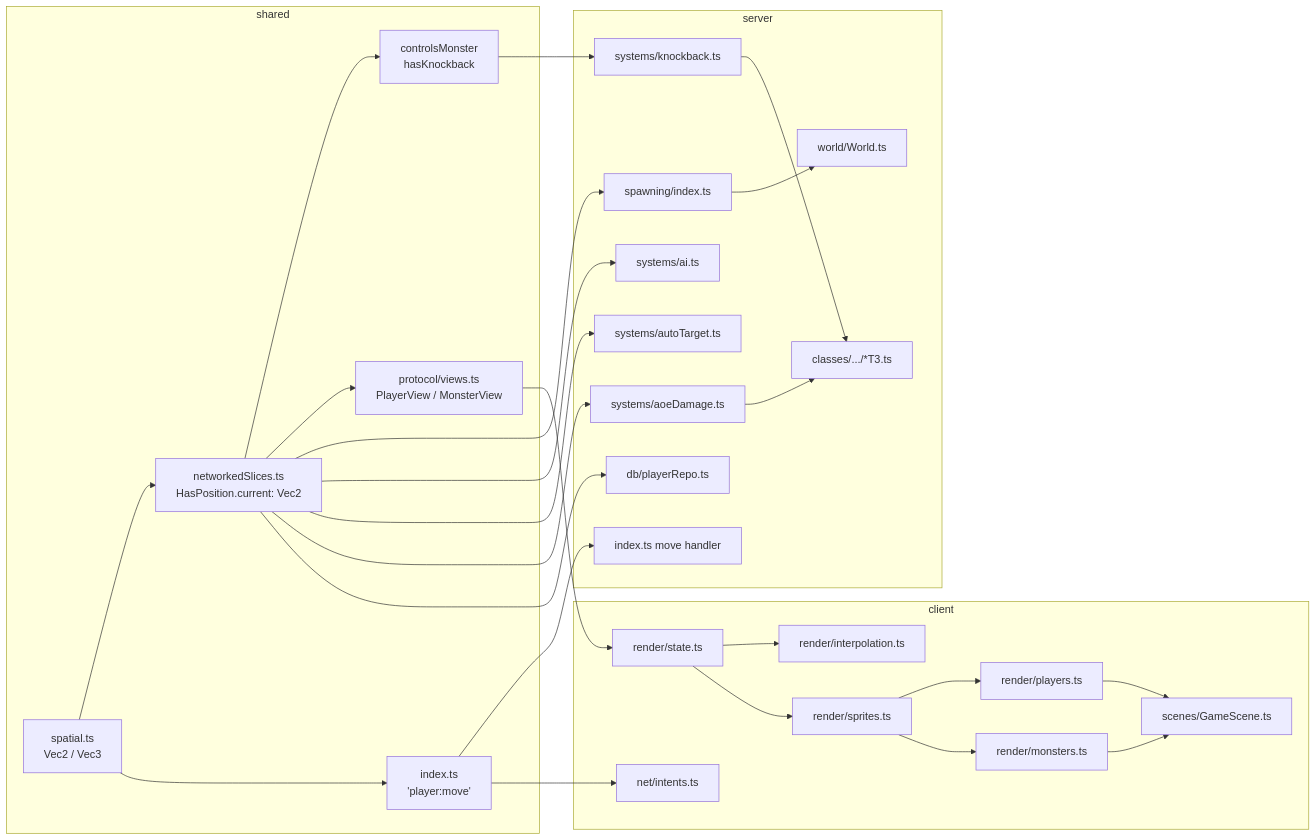
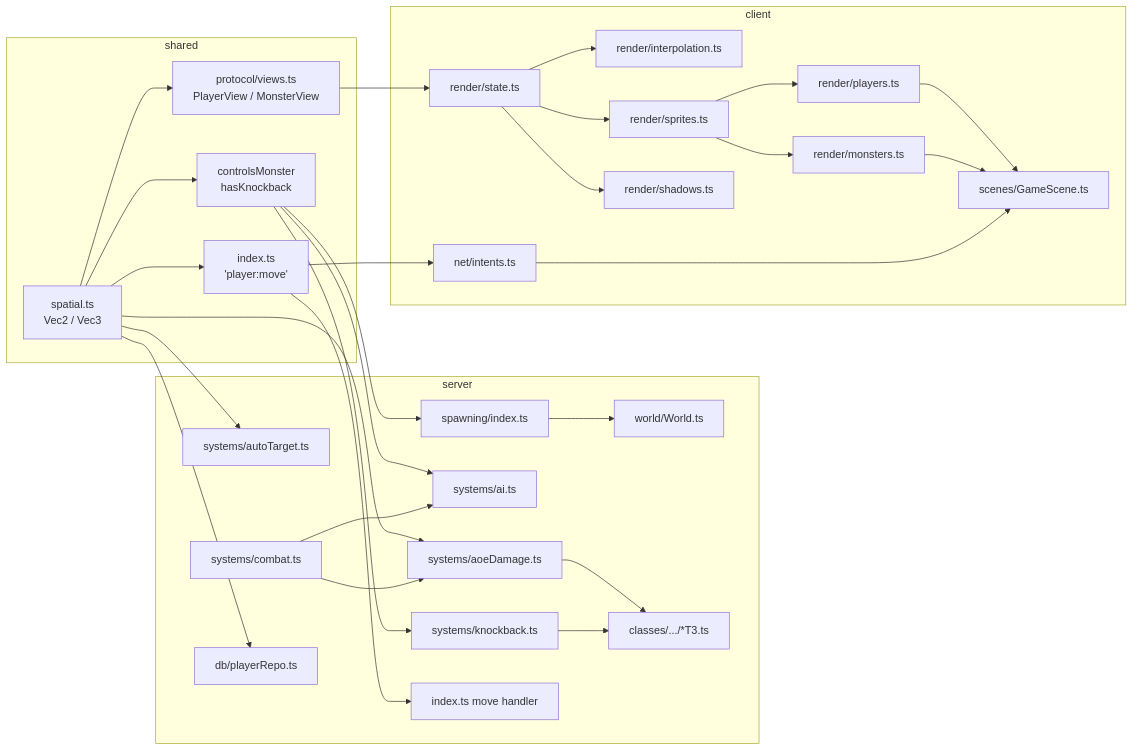
One commit to RaimonTarga/MMOidleProject changed the first of 2 diagrams in .cursor/plans/vec2_vec3_refactor_7bac405a.plan.md. Above: the diagram before and after it, drawn with Mermaid. The commit also changed other lines of this file and 258 other files, not shown here.

````diff
--- a/.cursor/plans/vec2_vec3_refactor_7bac405a.plan.md
+++ b/.cursor/plans/vec2_vec3_refactor_7bac405a.plan.md
@@ -22,49 +22,53 @@
 ```mermaid
 flowchart LR
   subgraph shared
     Spatial[spatial.ts<br/>Vec2 / Vec3]
-    Slices[networkedSlices.ts<br/>HasPosition.current: Vec2]
     Components[controlsMonster<br/>hasKnockback]
     Views[protocol/views.ts<br/>PlayerView / MonsterView]
     SocketMap["index.ts<br/>'player:move'"]
   end
 
   subgraph server
     Spawn[spawning/index.ts]
     World[world/World.ts]
     AI[systems/ai.ts]
     AutoTarget[systems/autoTarget.ts]
     Aoe[systems/aoeDamage.ts]
     Knock[systems/knockback.ts]
     T3[classes/.../*T3.ts]
+    Combat[systems/combat.ts]
     Index[index.ts move handler]
     Repo[db/playerRepo.ts]
   end
 
   subgraph client
     State[render/state.ts]
     Interp[render/interpolation.ts]
     Sprites[render/sprites.ts]
+    Shadows[render/shadows.ts]
     Players[render/players.ts]
     Monsters[render/monsters.ts]
     Scene[scenes/GameScene.ts]
     Intents[net/intents.ts]
   end
 
-  Spatial --> Slices --> Components
-  Slices --> Views
+  Spatial --> Components
+  Spatial --> Views
   Spatial --> SocketMap
-  Slices --> Spawn --> World
-  Slices --> AI
-  Slices --> AutoTarget
-  Slices --> Aoe
+  Components --> Spawn --> World
+  Components --> AI
   Components --> Knock
+  Spatial --> AutoTarget
+  Spatial --> Aoe
   Aoe --> T3
   Knock --> T3
   SocketMap --> Index
-  Slices --> Repo
+  Spatial --> Repo
   Views --> State --> Interp
   State --> Sprites --> Players & Monsters
+  State --> Shadows
   Players & Monsters --> Scene
-  SocketMap --> Intents
+  SocketMap --> Intents --> Scene
+  Combat --> Aoe
+  Combat --> AI
 ```
````
